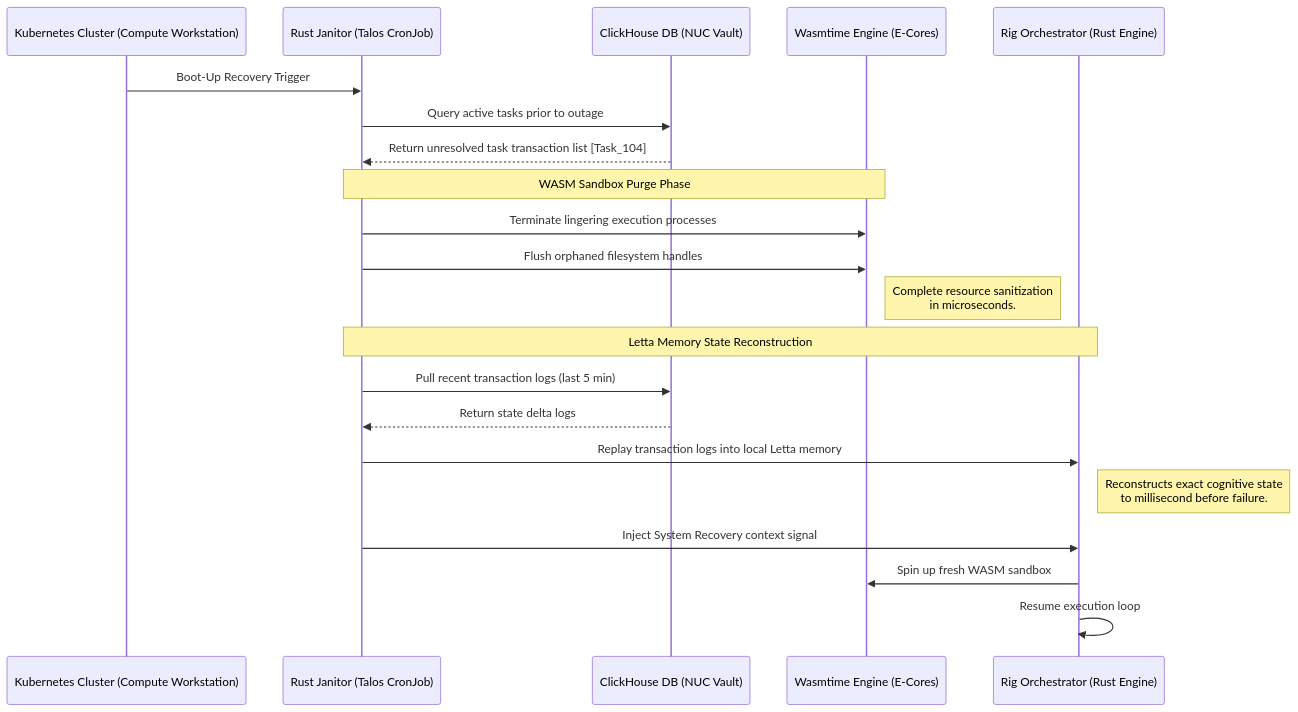
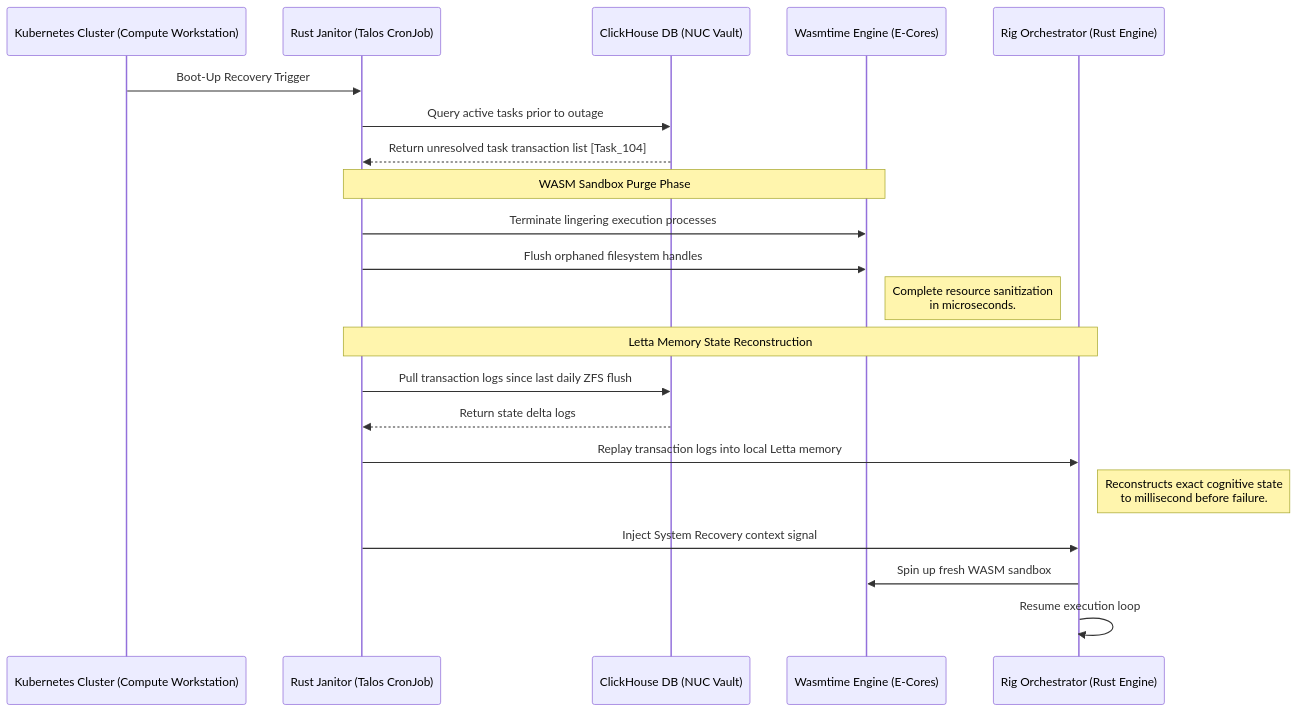
The diagram in docs/11. Disaster Recovery & Automated Healing.md (foersben/janus-synapse-edge), drawn with Mermaid before and after one commit. The commit also changed other lines of this file and 13 other files, not shown here.

````diff
--- a/docs/11. Disaster Recovery & Automated Healing.md
+++ b/docs/11. Disaster Recovery & Automated Healing.md
@@ -33,27 +32,27 @@
 ```mermaid
 sequenceDiagram
     participant K8s as Kubernetes Cluster (Compute Workstation)
     participant Janitor as Rust Janitor (Talos CronJob)
     participant ClickHouse as ClickHouse DB (NUC Vault)
     participant Wasmtime as Wasmtime Engine (E-Cores)
     participant Rig as Rig Orchestrator (Rust Engine)
 
     K8s->>Janitor: Boot-Up Recovery Trigger
     Janitor->>ClickHouse: Query active tasks prior to outage
     ClickHouse-->>Janitor: Return unresolved task transaction list [Task_104]
 
     Note over Janitor,Wasmtime: WASM Sandbox Purge Phase
     Janitor->>Wasmtime: Terminate lingering execution processes
     Janitor->>Wasmtime: Flush orphaned filesystem handles
     Note right of Wasmtime: Complete resource sanitization<br/>in microseconds.
 
     Note over Janitor,Rig: Letta Memory State Reconstruction
-    Janitor->>ClickHouse: Pull recent transaction logs (last 5 min)
+    Janitor->>ClickHouse: Pull transaction logs since last daily ZFS flush
     ClickHouse-->>Janitor: Return state delta logs
     Janitor->>Rig: Replay transaction logs into local Letta memory
     Note right of Rig: Reconstructs exact cognitive state<br/>to millisecond before failure.
 
     Janitor->>Rig: Inject System Recovery context signal
     Rig->>Wasmtime: Spin up fresh WASM sandbox
     Rig->>Rig: Resume execution loop
 ```
````
